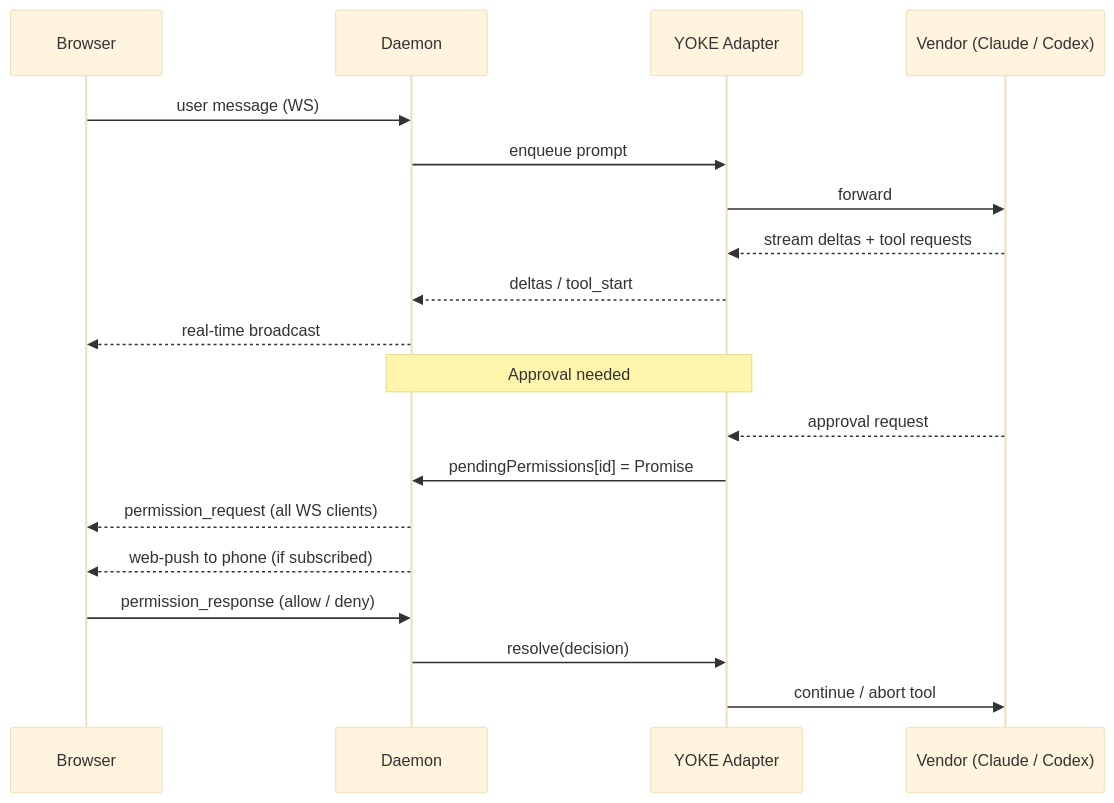
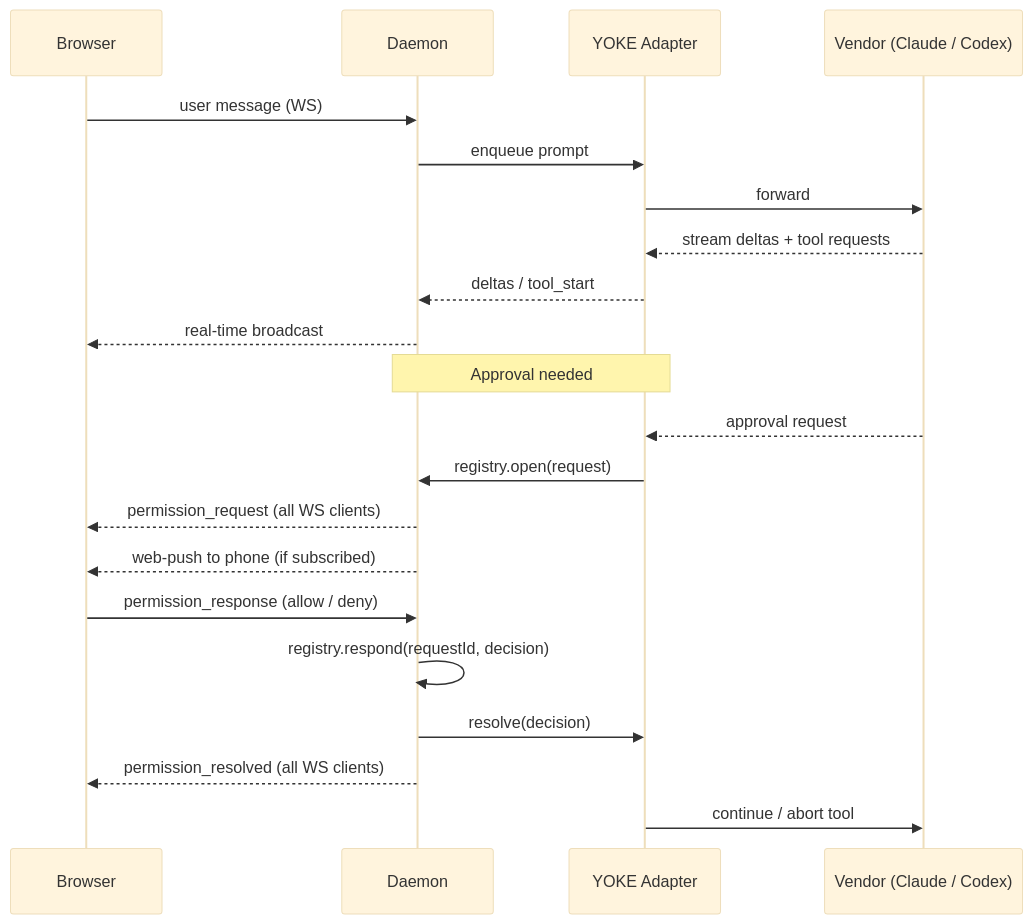
One commit to clagentic/clagentic-console changed the fifth of 5 diagrams in docs/guides/architecture.md. Above: the diagram before and after it, drawn with Mermaid (base theme). The commit also changed other lines of this file, not shown here.

Commit message:
docs(architecture): describe the permission registry and server-state rendering (lr-a345eb)

````diff
--- a/docs/guides/architecture.md
+++ b/docs/guides/architecture.md
@@ -179,23 +179,25 @@
 ```mermaid
 sequenceDiagram
     participant B as Browser
     participant S as Daemon
     participant Y as YOKE Adapter
     participant V as Vendor (Claude / Codex)
 
     B->>S: user message (WS)
     S->>Y: enqueue prompt
     Y->>V: forward
     V-->>Y: stream deltas + tool requests
     Y-->>S: deltas / tool_start
     S-->>B: real-time broadcast
 
     Note over Y,S: Approval needed
     V-->>Y: approval request
-    Y->>S: pendingPermissions[id] = Promise
+    Y->>S: registry.open(request)
     S-->>B: permission_request (all WS clients)
     S-->>B: web-push to phone (if subscribed)
     B->>S: permission_response (allow / deny)
+    S->>S: registry.respond(requestId, decision)
     S->>Y: resolve(decision)
+    S-->>B: permission_resolved (all WS clients)
     Y->>V: continue / abort tool
 ```
````
